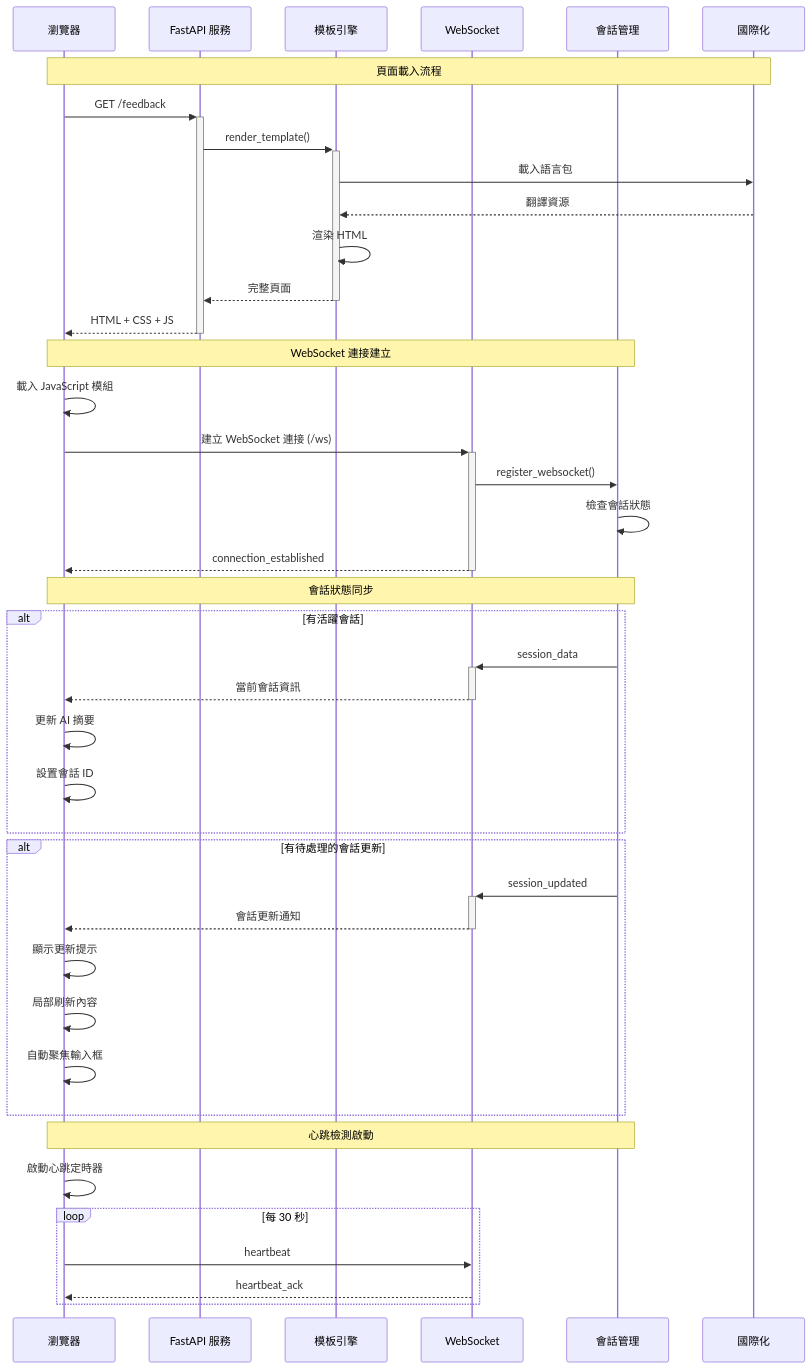
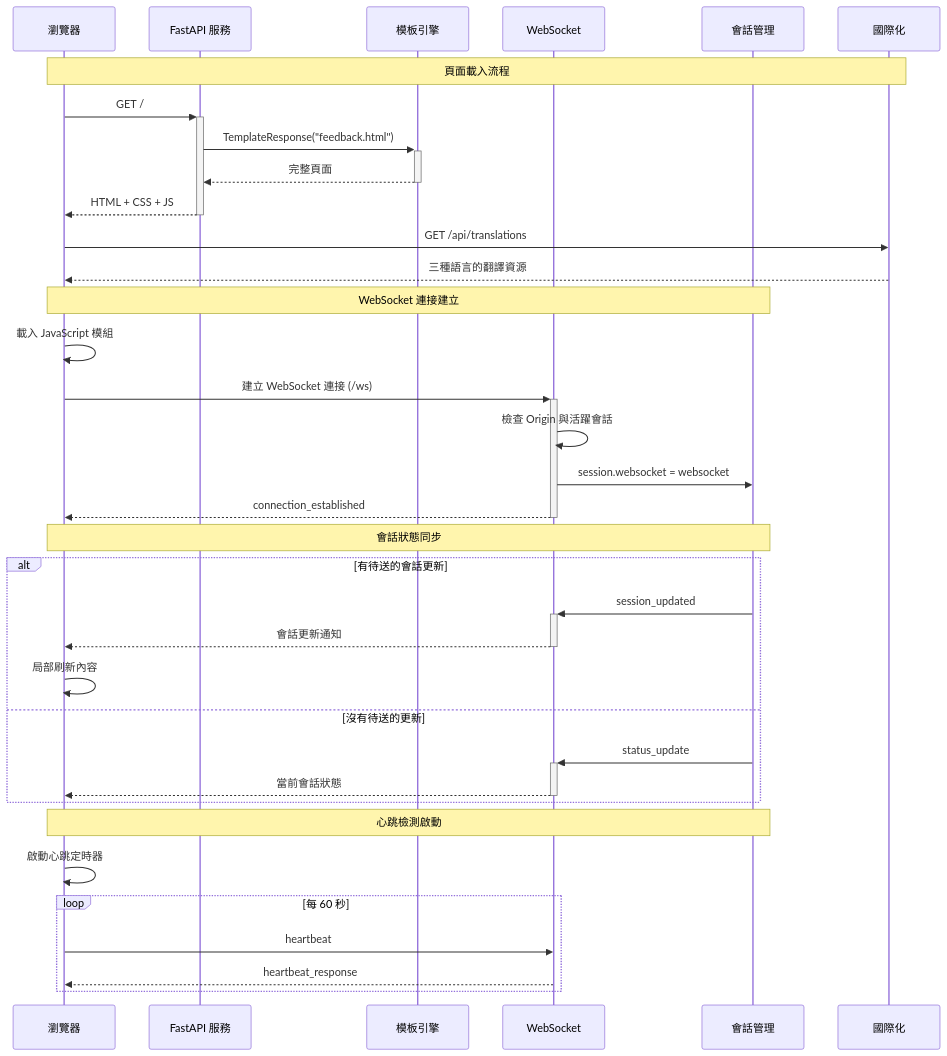
The third of 12 diagrams in docs/architecture/interaction-flows.md (CloudEngineHub/mcp-feedback-enhanced), drawn with Mermaid before and after one commit. The commit also changed other lines of this file, not shown here.

````diff
--- a/docs/architecture/interaction-flows.md
+++ b/docs/architecture/interaction-flows.md
@@ -274,48 +170,41 @@
 ```mermaid
 sequenceDiagram
     participant Browser as 瀏覽器
     participant FastAPI as FastAPI 服務
     participant Template as 模板引擎
     participant WS as WebSocket
     participant Session as 會話管理
     participant I18N as 國際化
 
     Note over Browser,I18N: 頁面載入流程
-    Browser->>+FastAPI: GET /feedback
-    FastAPI->>+Template: render_template()
-    Template->>I18N: 載入語言包
-    I18N-->>Template: 翻譯資源
-    Template->>Template: 渲染 HTML
+    Browser->>+FastAPI: GET /
+    FastAPI->>+Template: TemplateResponse("feedback.html")
     Template-->>-FastAPI: 完整頁面
     FastAPI-->>-Browser: HTML + CSS + JS
+    Browser->>I18N: GET /api/translations
+    I18N-->>Browser: 三種語言的翻譯資源
 
     Note over Browser,Session: WebSocket 連接建立
     Browser->>Browser: 載入 JavaScript 模組
     Browser->>+WS: 建立 WebSocket 連接 (/ws)
-    WS->>Session: register_websocket()
-    Session->>Session: 檢查會話狀態
+    WS->>WS: 檢查 Origin 與活躍會話
+    WS->>Session: session.websocket = websocket
     WS-->>-Browser: connection_established
 
     Note over Browser,Session: 會話狀態同步
-    alt 有活躍會話
-        Session->>+WS: session_data
-        WS-->>-Browser: 當前會話資訊
-        Browser->>Browser: 更新 AI 摘要
-        Browser->>Browser: 設置會話 ID
-    end
-
-    alt 有待處理的會話更新
+    alt 有待送的會話更新
         Session->>+WS: session_updated
         WS-->>-Browser: 會話更新通知
-        Browser->>Browser: 顯示更新提示
         Browser->>Browser: 局部刷新內容
-        Browser->>Browser: 自動聚焦輸入框
+    else 沒有待送的更新
+        Session->>+WS: status_update
+        WS-->>-Browser: 當前會話狀態
     end
 
     Note over Browser,Session: 心跳檢測啟動
     Browser->>Browser: 啟動心跳定時器
-    loop 每 30 秒
+    loop 每 60 秒
         Browser->>WS: heartbeat
-        WS-->>Browser: heartbeat_ack
+        WS-->>Browser: heartbeat_response
     end
 ```
````
